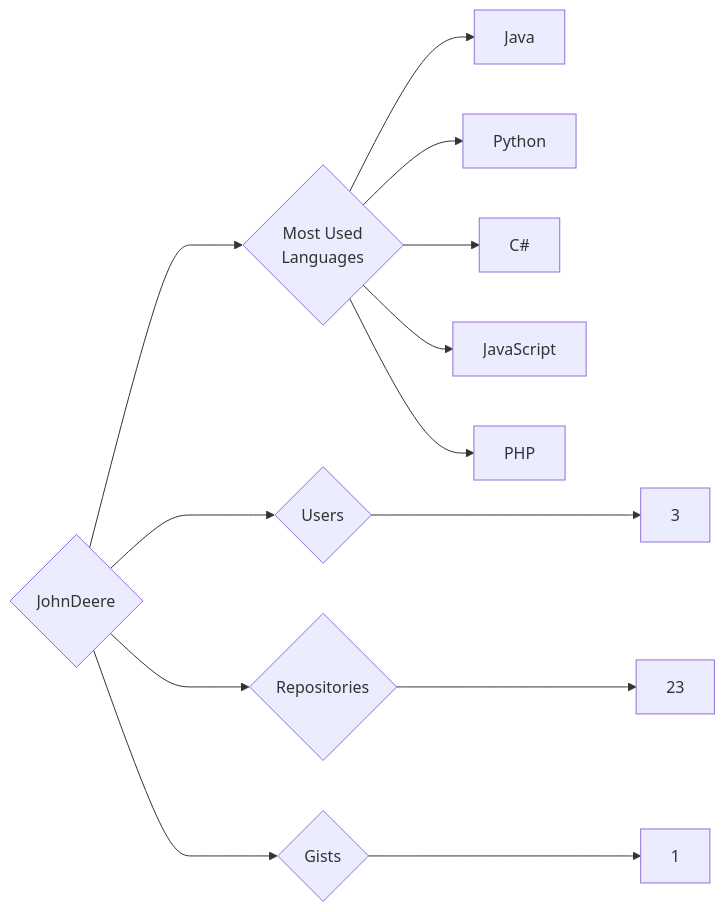
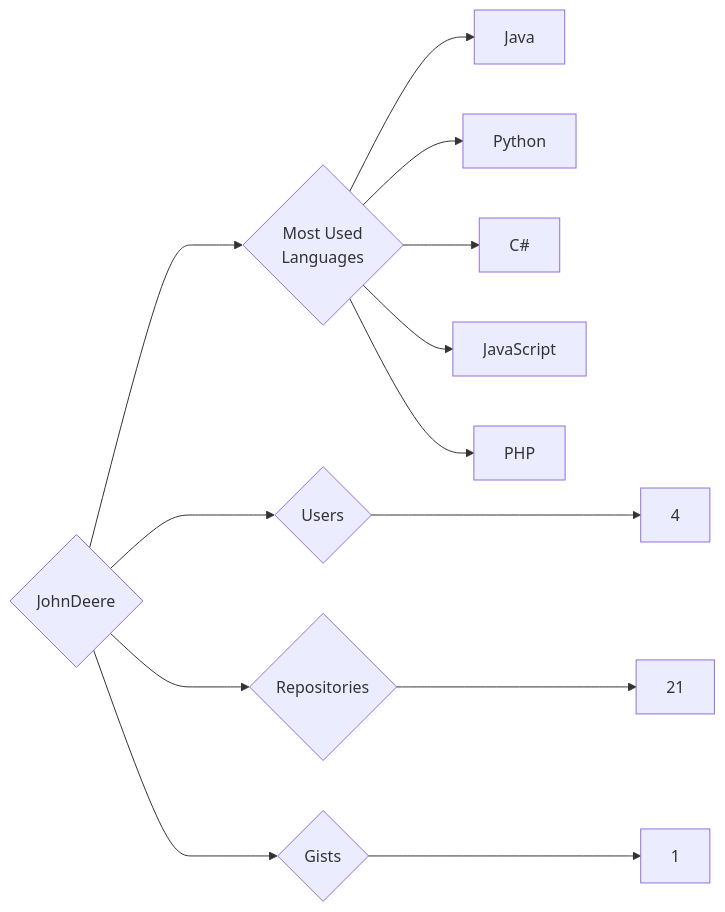
One commit to trickest/insiders changed the diagram in targets/JohnDeere/README.md. Above: the diagram before and after it, drawn with Mermaid. The commit also changed 682 other files, not shown here.

````diff
--- a/targets/JohnDeere/README.md
+++ b/targets/JohnDeere/README.md
@@ -3,13 +3,13 @@
 ```mermaid
 graph LR
 COMPANY_NAME{JohnDeere}
-COMPANY_NAME ---> U{Users} ---> UN[3]
-COMPANY_NAME ---> R{Repositories} ---> RN[23]
+COMPANY_NAME ---> U{Users} ---> UN[4]
+COMPANY_NAME ---> R{Repositories} ---> RN[21]
 COMPANY_NAME ---> G{Gists} ---> GN[1]
 COMPANY_NAME ---> ML{Most Used<br>Languages}
 ML --> Java[Java]
 ML --> Python[Python]
 ML --> C#[C#]
 ML --> JavaScript[JavaScript]
 ML --> PHP[PHP]
 ```
````
